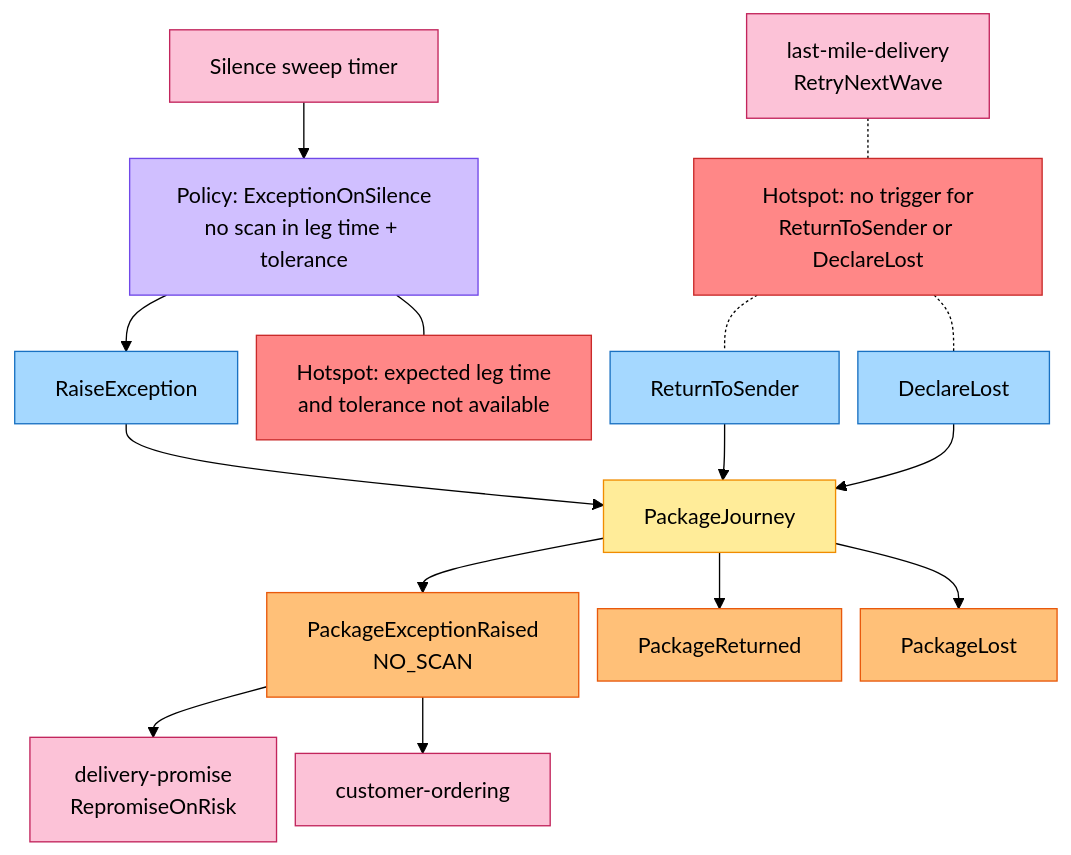
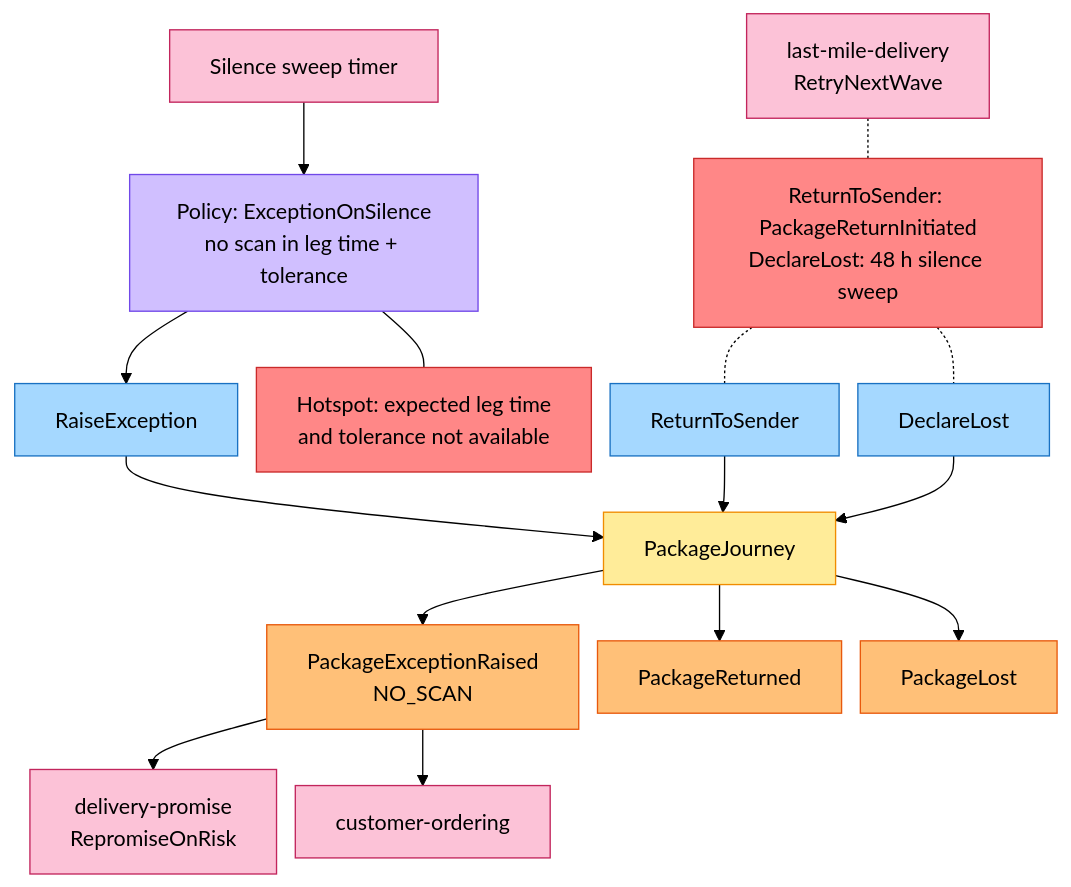
The fifth of 5 diagrams in network/docs/contexts/shipping-and-tracking/eventstorming.md (IQVO/warehouse-docs), drawn with Mermaid (forest theme) before and after one commit. The commit also changed other lines of this file and 9 other files, not shown here.

Commit message:
network(shipping-and-tracking): align model and pack with ADR 0002/0004 (commit-time CloudEvents time, SHIPMENT_CONFIRMED scan, void rules, return/lost triggers, integration consumers of LabelVoided/PackageReturned/PackageLost)

````diff
--- a/network/docs/contexts/shipping-and-tracking/eventstorming.md
+++ b/network/docs/contexts/shipping-and-tracking/eventstorming.md
@@ -208,38 +208,38 @@
 ```mermaid
 %%{init: {"flowchart": {"nodeSpacing": 14, "rankSpacing": 30}}}%%
 flowchart TB
     T["Silence sweep timer"]:::external
     P1["Policy: ExceptionOnSilence<br/>no scan in leg time + tolerance"]:::policy
     C1["RaiseException"]:::command
     G1["PackageJourney"]:::aggregate
     E1["PackageExceptionRaised<br/>NO_SCAN"]:::event
     DP["delivery-promise<br/>RepromiseOnRisk"]:::external
     CO["customer-ordering"]:::external
     LM["last-mile-delivery<br/>RetryNextWave"]:::external
     C2["ReturnToSender"]:::command
     C3["DeclareLost"]:::command
     E2["PackageReturned"]:::event
     E3["PackageLost"]:::event
     H1["Hotspot: expected leg time<br/>and tolerance not available"]:::hotspot
-    H2["Hotspot: no trigger for<br/>ReturnToSender or DeclareLost"]:::hotspot
+    H2["ReturnToSender: PackageReturnInitiated<br/>DeclareLost: 48 h silence sweep"]:::hotspot
     T --> P1
     P1 --> C1
     C1 --> G1
     G1 --> E1
     E1 --> DP
     E1 --> CO
     C2 --> G1
     C3 --> G1
     G1 --> E2
     G1 --> E3
     P1 --- H1
     LM -.- H2
     H2 -.- C2
     H2 -.- C3
     classDef command fill:#a5d8ff,stroke:#1971c2,color:#000
     classDef aggregate fill:#ffec99,stroke:#f08c00,color:#000
     classDef event fill:#ffc078,stroke:#e8590c,color:#000
     classDef policy fill:#d0bfff,stroke:#7048e8,color:#000
     classDef external fill:#fcc2d7,stroke:#c2255c,color:#000
     classDef hotspot fill:#ff8787,stroke:#c92a2a,color:#000
 ```
````
